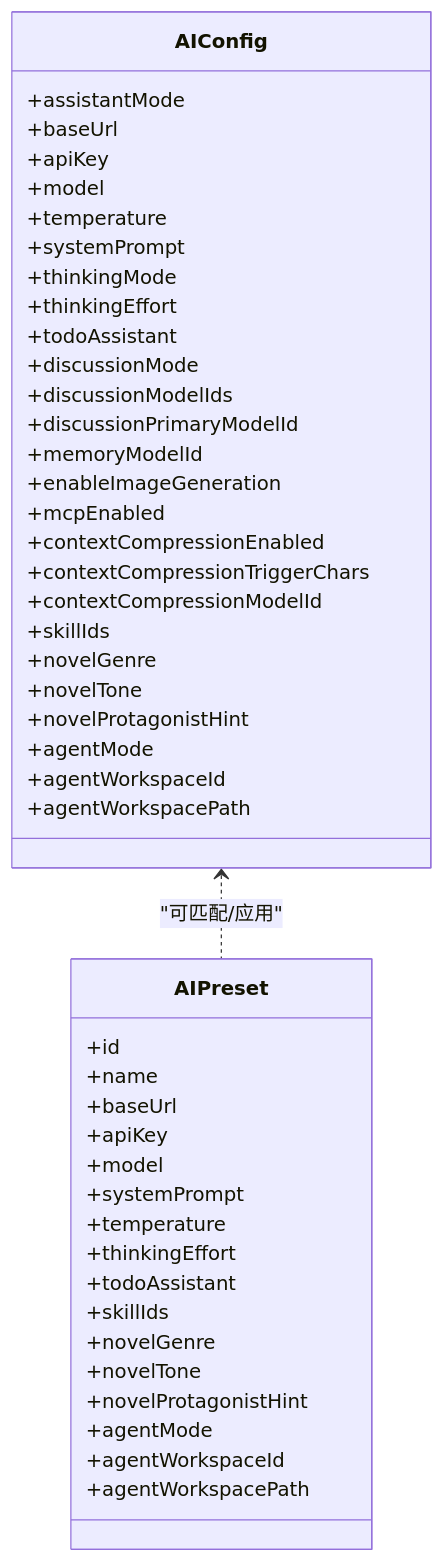
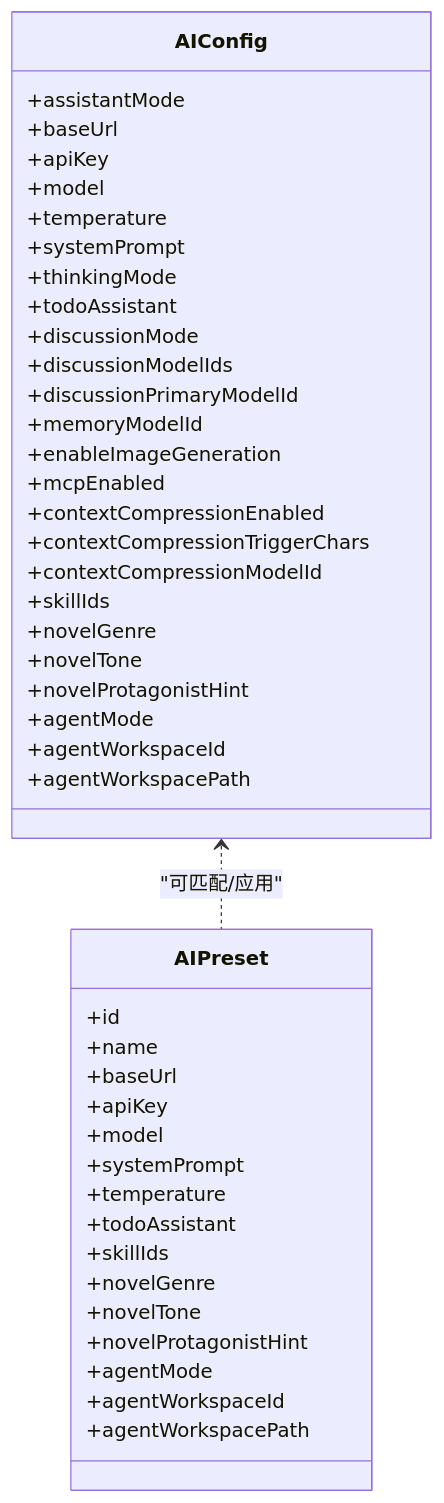
One commit to xixixiaoyu/Todo changed the tenth of 20 diagrams in .qoder/repowiki/zh/content/核心模块/AI助手系统/AI助手系统.md. Above: the diagram before and after it, drawn with Mermaid. The commit also changed other lines of this file and 7 other files, not shown here.

````diff
--- a/.qoder/repowiki/zh/content/核心模块/AI助手系统/AI助手系统.md
+++ b/.qoder/repowiki/zh/content/核心模块/AI助手系统/AI助手系统.md
@@ -795,49 +854,47 @@
 ```mermaid
 classDiagram
 class AIConfig {
 +assistantMode
 +baseUrl
 +apiKey
 +model
 +temperature
 +systemPrompt
 +thinkingMode
-+thinkingEffort
 +todoAssistant
 +discussionMode
 +discussionModelIds
 +discussionPrimaryModelId
 +memoryModelId
 +enableImageGeneration
 +mcpEnabled
 +contextCompressionEnabled
 +contextCompressionTriggerChars
 +contextCompressionModelId
 +skillIds
 +novelGenre
 +novelTone
 +novelProtagonistHint
 +agentMode
 +agentWorkspaceId
 +agentWorkspacePath
 }
 class AIPreset {
 +id
 +name
 +baseUrl
 +apiKey
 +model
 +systemPrompt
 +temperature
-+thinkingEffort
 +todoAssistant
 +skillIds
 +novelGenre
 +novelTone
 +novelProtagonistHint
 +agentMode
 +agentWorkspaceId
 +agentWorkspacePath
 }
 AIConfig <.. AIPreset : "可匹配/应用"
 ```
````
